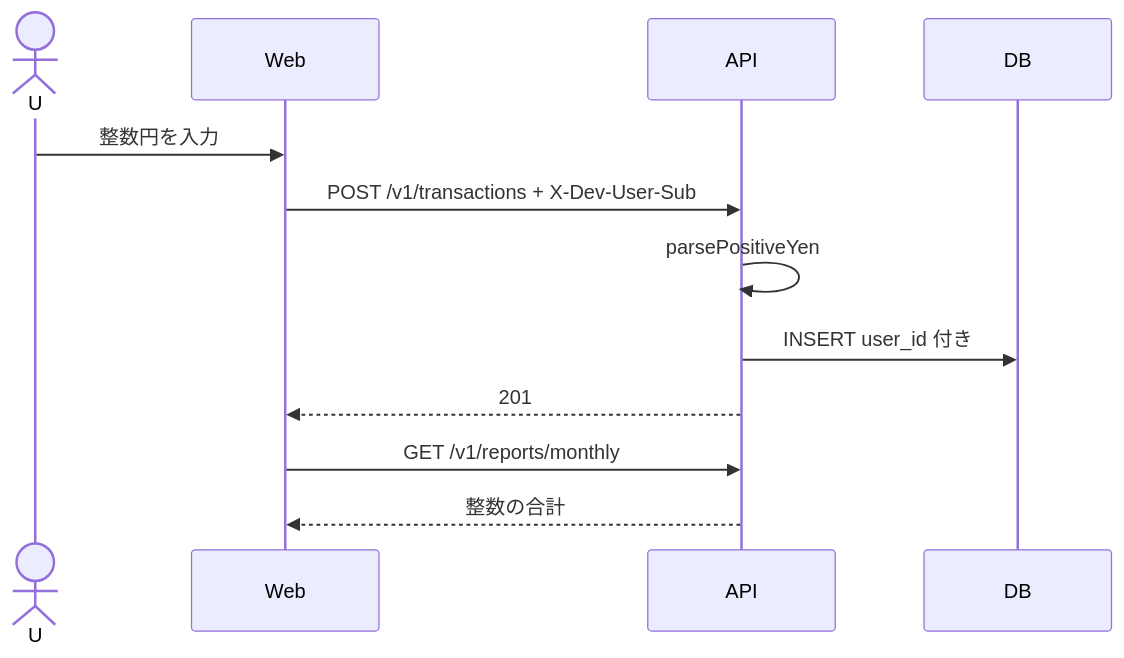
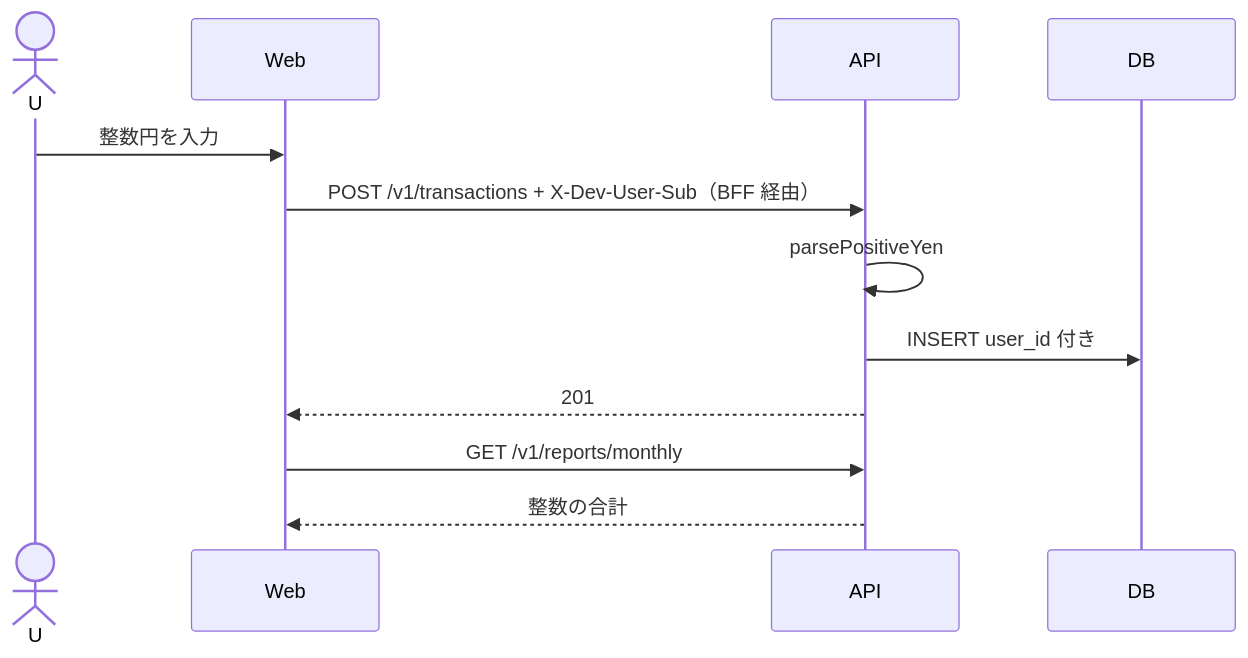
One commit to maeplego/portfolio-plan changed the third of 8 diagrams in portfolio-plan/personal-finance/docs/06-diagrams.md. Above: the diagram before and after it, drawn with Mermaid. The commit also changed other lines of this file and 7 other files, not shown here.

````diff
--- a/portfolio-plan/personal-finance/docs/06-diagrams.md
+++ b/portfolio-plan/personal-finance/docs/06-diagrams.md
@@ -38,14 +42,14 @@
 ```mermaid
 sequenceDiagram
   actor U
   participant Web
   participant API
   participant DB
   U->>Web: 整数円を入力
-  Web->>API: POST /v1/transactions + X-Dev-User-Sub
+  Web->>API: POST /v1/transactions + X-Dev-User-Sub（BFF 経由）
   API->>API: parsePositiveYen
   API->>DB: INSERT user_id 付き
   API-->>Web: 201
   Web->>API: GET /v1/reports/monthly
   API-->>Web: 整数の合計
 ```
````
